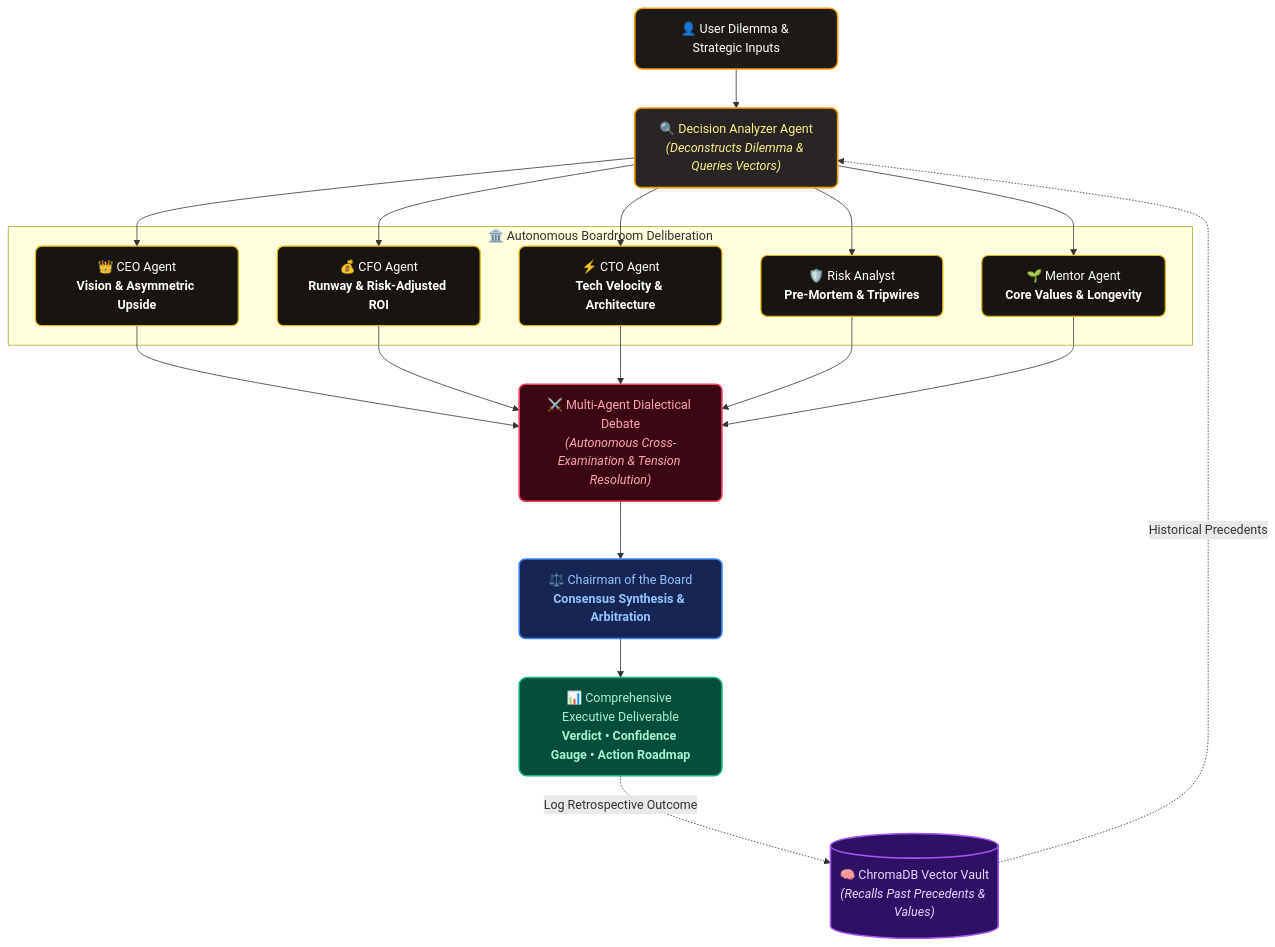
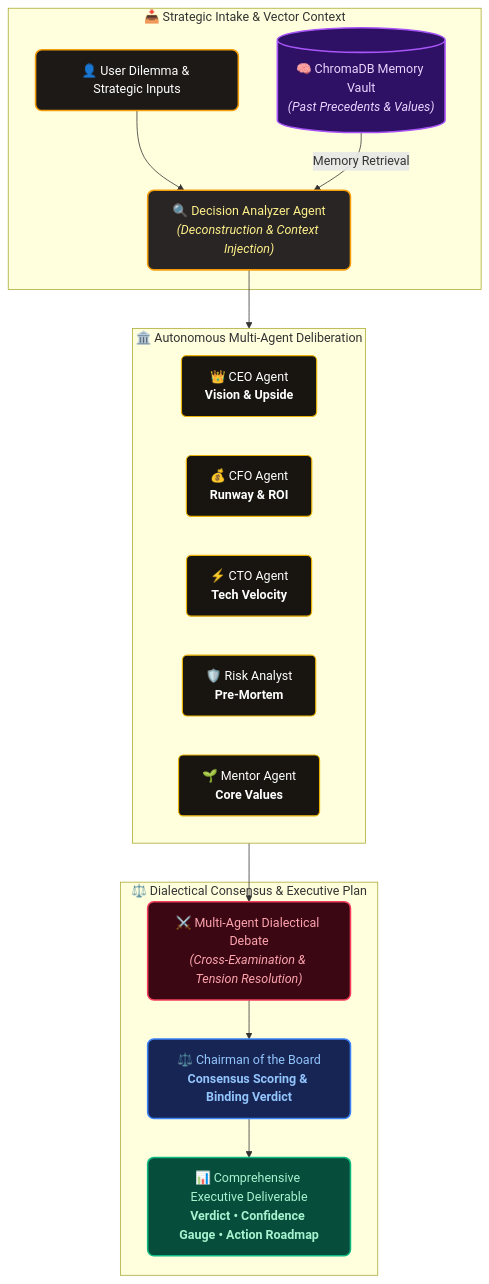
One commit to Shaaan2005/decisionos-ai-boardroom changed the diagram in README.md. Above: the diagram before and after it, drawn with Mermaid.

Commit message:
Refine Mermaid architecture diagram with clean 3-stage modular grouping and zero crossover lines

````diff
--- a/README.md
+++ b/README.md
@@ -72,48 +72,43 @@
 ```mermaid
 flowchart TD
-    %% Custom Styling
-    classDef input fill:#1c1917,stroke:#f59e0b,stroke-width:2px,color:#ffffff,rx:10px,ry:10px;
+    %% Custom Palette & Styles
+    classDef input fill:#1c1917,stroke:#f59e0b,stroke-width:2px,color:#ffffff,rx:8px,ry:8px;
+    classDef memory fill:#2e1065,stroke:#a855f7,stroke-width:2px,color:#e9d5ff,rx:8px,ry:8px;
     classDef analyzer fill:#292524,stroke:#f59e0b,stroke-width:2px,color:#fef08a,rx:8px,ry:8px;
-    classDef agent fill:#181511,stroke:#eab308,stroke-width:1.5px,color:#ffffff,rx:8px,ry:8px;
+    classDef agent fill:#181511,stroke:#eab308,stroke-width:1.5px,color:#ffffff,rx:6px,ry:6px;
     classDef debate fill:#3b0712,stroke:#f43f5e,stroke-width:2px,color:#fda4af,rx:8px,ry:8px;
-    classDef memory fill:#2e1065,stroke:#a855f7,stroke-width:2px,color:#e9d5ff,rx:8px,ry:8px;
     classDef chairman fill:#172554,stroke:#3b82f6,stroke-width:2px,color:#93c5fd,rx:8px,ry:8px;
-    classDef output fill:#064e3b,stroke:#10b981,stroke-width:2px,color:#a7f3d0,rx:10px,ry:10px;
+    classDef output fill:#064e3b,stroke:#10b981,stroke-width:2px,color:#a7f3d0,rx:8px,ry:8px;
 
-    %% Nodes
-    USER["👤 User Dilemma & Strategic Inputs"]:::input
-    ANALYZER["🔍 Decision Analyzer Agent<br/><i>(Deconstructs Dilemma & Queries Vectors)</i>"]:::analyzer
-    VAULT[("🧠 ChromaDB Vector Vault<br/><i>(Recalls Past Precedents & Values)</i>")]:::memory
-
-    %% 5 Board Personas
-    subgraph BOARD["🏛️ Autonomous Boardroom Deliberation"]
-        CEO["👑 CEO Agent<br/><b>Vision & Asymmetric Upside</b>"]:::agent
-        CFO["💰 CFO Agent<br/><b>Runway & Risk-Adjusted ROI</b>"]:::agent
-        CTO["⚡ CTO Agent<br/><b>Tech Velocity & Architecture</b>"]:::agent
-        RISK["🛡️ Risk Analyst<br/><b>Pre-Mortem & Tripwires</b>"]:::agent
-        MENTOR["🌱 Mentor Agent<br/><b>Core Values & Longevity</b>"]:::agent
+    %% Ingestion Stage
+    subgraph INGESTION ["📥 Strategic Intake & Vector Context"]
+        USER["👤 User Dilemma & Strategic Inputs"]:::input
+        VAULT[("🧠 ChromaDB Memory Vault<br/><i>(Past Precedents & Values)</i>")]:::memory
+        ANALYZER["🔍 Decision Analyzer Agent<br/><i>(Deconstruction & Context Injection)</i>"]:::analyzer
     end
 
-    DEBATE["⚔️ Multi-Agent Dialectical Debate<br/><i>(Autonomous Cross-Examination & Tension Resolution)</i>"]:::debate
-    CHAIRMAN["⚖️ Chairman of the Board<br/><b>Consensus Synthesis & Arbitration</b>"]:::chairman
-    DELIVERABLE["📊 Comprehensive Executive Deliverable<br/><b>Verdict • Confidence Gauge • Action Roadmap</b>"]:::output
+    %% Boardroom Deliberation Stage
+    subgraph BOARD ["🏛️ Autonomous Multi-Agent Deliberation"]
+        direction LR
+        CEO["👑 CEO Agent<br/><b>Vision & Upside</b>"]:::agent
+        CFO["💰 CFO Agent<br/><b>Runway & ROI</b>"]:::agent
+        CTO["⚡ CTO Agent<br/><b>Tech Velocity</b>"]:::agent
+        RISK["🛡️ Risk Analyst<br/><b>Pre-Mortem</b>"]:::agent
+        MENTOR["🌱 Mentor Agent<br/><b>Core Values</b>"]:::agent
+    end
 
-    %% Flow Relationships
+    %% Dialectical Synthesis Stage
+    subgraph SYNTHESIS ["⚖️ Dialectical Consensus & Executive Plan"]
+        DEBATE["⚔️ Multi-Agent Dialectical Debate<br/><i>(Cross-Examination & Tension Resolution)</i>"]:::debate
+        CHAIRMAN["⚖️ Chairman of the Board<br/><b>Consensus Scoring & Binding Verdict</b>"]:::chairman
+        DELIVERABLE["📊 Comprehensive Executive Deliverable<br/><b>Verdict • Confidence Gauge • Action Roadmap</b>"]:::output
+    end
+
+    %% Clean Flow
     USER --> ANALYZER
-    VAULT -.->|Historical Precedents| ANALYZER
-    ANALYZER --> CEO
-    ANALYZER --> CFO
-    ANALYZER --> CTO
-    ANALYZER --> RISK
-    ANALYZER --> MENTOR
-
-    CEO --> DEBATE
-    CFO --> DEBATE
-    CTO --> DEBATE
-    RISK --> DEBATE
-    MENTOR --> DEBATE
-
+    VAULT -->|Memory Retrieval| ANALYZER
+    ANALYZER --> BOARD
+    BOARD --> DEBATE
     DEBATE --> CHAIRMAN
     CHAIRMAN --> DELIVERABLE
-    DELIVERABLE -.->|Log Retrospective Outcome| VAULT
 ```
````
